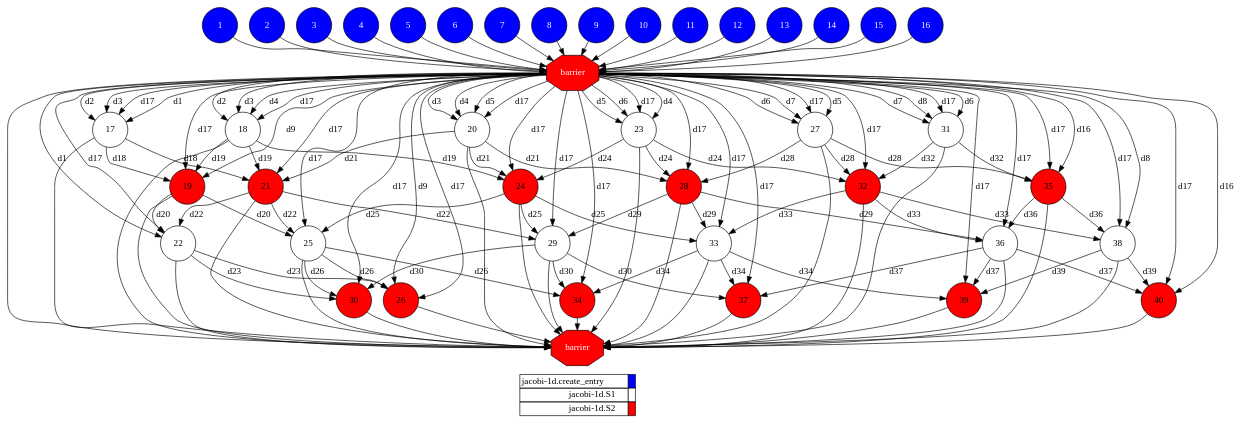
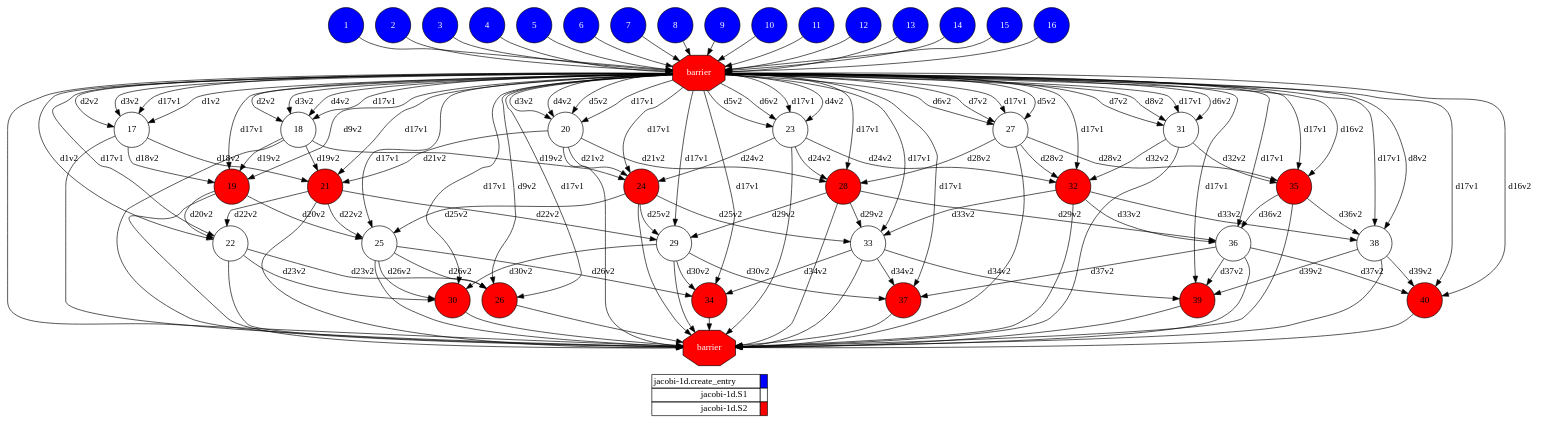
Before and after one commit to cristianrcv/pycompss-autoparallel: the diagram in examples/jacobi-1d/results/local/autoparallel/complete_graph.dot, drawn with Graphviz. The commit also changed 131 other files, not shown here.

```diff
--- a/examples/jacobi-1d/results/local/autoparallel/complete_graph.dot
+++ b/examples/jacobi-1d/results/local/autoparallel/complete_graph.dot
@@ -22,168 +22,168 @@
 15[shape=circle, style=filled fillcolor="#0000ff" fontcolor="#ffffff"];
 16[shape=circle, style=filled fillcolor="#0000ff" fontcolor="#ffffff"];
 Synchro1[label="barrier", shape=octagon, style=filled fillcolor="#ff0000" fontcolor="#FFFFFF"];
-11 -> Synchro1;
-4 -> Synchro1;
-3 -> Synchro1;
-8 -> Synchro1;
-9 -> Synchro1;
-5 -> Synchro1;
-16 -> Synchro1;
 13 -> Synchro1;
 2 -> Synchro1;
-15 -> Synchro1;
+4 -> Synchro1;
+10 -> Synchro1;
+1 -> Synchro1;
+9 -> Synchro1;
+8 -> Synchro1;
+14 -> Synchro1;
 6 -> Synchro1;
-1 -> Synchro1;
+3 -> Synchro1;
+5 -> Synchro1;
 12 -> Synchro1;
 7 -> Synchro1;
-10 -> Synchro1;
-14 -> Synchro1;
+15 -> Synchro1;
+11 -> Synchro1;
+16 -> Synchro1;
 17[shape=circle, style=filled fillcolor="#ffffff" fontcolor="#000000"];
-Synchro1 -> 17[ label="d17" ];
-Synchro1 -> 17[ label="d1" ];
-Synchro1 -> 17[ label="d2" ];
-Synchro1 -> 17[ label="d3" ];
+Synchro1 -> 17[ label="d17v1" ];
+Synchro1 -> 17[ label="d1v2" ];
+Synchro1 -> 17[ label="d2v2" ];
+Synchro1 -> 17[ label="d3v2" ];
 18[shape=circle, style=filled fillcolor="#ffffff" fontcolor="#000000"];
-Synchro1 -> 18[ label="d17" ];
-Synchro1 -> 18[ label="d2" ];
-Synchro1 -> 18[ label="d3" ];
-Synchro1 -> 18[ label="d4" ];
+Synchro1 -> 18[ label="d17v1" ];
+Synchro1 -> 18[ label="d2v2" ];
+Synchro1 -> 18[ label="d3v2" ];
+Synchro1 -> 18[ label="d4v2" ];
 19[shape=circle, style=filled fillcolor="#ff0000" fontcolor="#000000"];
-Synchro1 -> 19[ label="d17" ];
-Synchro1 -> 19[ label="d9" ];
-17 -> 19[ label="d18" ];
-18 -> 19[ label="d19" ];
+Synchro1 -> 19[ label="d17v1" ];
+Synchro1 -> 19[ label="d9v2" ];
+17 -> 19[ label="d18v2" ];
+18 -> 19[ label="d19v2" ];
 20[shape=circle, style=filled fillcolor="#ffffff" fontcolor="#000000"];
-Synchro1 -> 20[ label="d17" ];
-Synchro1 -> 20[ label="d3" ];
-Synchro1 -> 20[ label="d4" ];
-Synchro1 -> 20[ label="d5" ];
+Synchro1 -> 20[ label="d17v1" ];
+Synchro1 -> 20[ label="d3v2" ];
+Synchro1 -> 20[ label="d4v2" ];
+Synchro1 -> 20[ label="d5v2" ];
 21[shape=circle, style=filled fillcolor="#ff0000" fontcolor="#000000"];
-Synchro1 -> 21[ label="d17" ];
-17 -> 21[ label="d18" ];
-18 -> 21[ label="d19" ];
-20 -> 21[ label="d21" ];
+Synchro1 -> 21[ label="d17v1" ];
+17 -> 21[ label="d18v2" ];
+18 -> 21[ label="d19v2" ];
+20 -> 21[ label="d21v2" ];
 22[shape=circle, style=filled fillcolor="#ffffff" fontcolor="#000000"];
-Synchro1 -> 22[ label="d17" ];
-Synchro1 -> 22[ label="d1" ];
-19 -> 22[ label="d20" ];
-21 -> 22[ label="d22" ];
+Synchro1 -> 22[ label="d17v1" ];
+Synchro1 -> 22[ label="d1v2" ];
+19 -> 22[ label="d20v2" ];
+21 -> 22[ label="d22v2" ];
 23[shape=circle, style=filled fillcolor="#ffffff" fontcolor="#000000"];
-Synchro1 -> 23[ label="d17" ];
-Synchro1 -> 23[ label="d4" ];
-Synchro1 -> 23[ label="d5" ];
-Synchro1 -> 23[ label="d6" ];
+Synchro1 -> 23[ label="d17v1" ];
+Synchro1 -> 23[ label="d4v2" ];
+Synchro1 -> 23[ label="d5v2" ];
+Synchro1 -> 23[ label="d6v2" ];
 24[shape=circle, style=filled fillcolor="#ff0000" fontcolor="#000000"];
-Synchro1 -> 24[ label="d17" ];
-18 -> 24[ label="d19" ];
-20 -> 24[ label="d21" ];
-23 -> 24[ label="d24" ];
+Synchro1 -> 24[ label="d17v1" ];
+18 -> 24[ label="d19v2" ];
+20 -> 24[ label="d21v2" ];
+23 -> 24[ label="d24v2" ];
 25[shape=circle, style=filled fillcolor="#ffffff" fontcolor="#000000"];
-Synchro1 -> 25[ label="d17" ];
-19 -> 25[ label="d20" ];
-21 -> 25[ label="d22" ];
-24 -> 25[ label="d25" ];
+Synchro1 -> 25[ label="d17v1" ];
+19 -> 25[ label="d20v2" ];
+21 -> 25[ label="d22v2" ];
+24 -> 25[ label="d25v2" ];
 26[shape=circle, style=filled fillcolor="#ff0000" fontcolor="#000000"];
-Synchro1 -> 26[ label="d17" ];
-Synchro1 -> 26[ label="d9" ];
-22 -> 26[ label="d23" ];
-25 -> 26[ label="d26" ];
+Synchro1 -> 26[ label="d17v1" ];
+Synchro1 -> 26[ label="d9v2" ];
+22 -> 26[ label="d23v2" ];
+25 -> 26[ label="d26v2" ];
 27[shape=circle, style=filled fillcolor="#ffffff" fontcolor="#000000"];
-Synchro1 -> 27[ label="d17" ];
-Synchro1 -> 27[ label="d5" ];
-Synchro1 -> 27[ label="d6" ];
-Synchro1 -> 27[ label="d7" ];
+Synchro1 -> 27[ label="d17v1" ];
+Synchro1 -> 27[ label="d5v2" ];
+Synchro1 -> 27[ label="d6v2" ];
+Synchro1 -> 27[ label="d7v2" ];
 28[shape=circle, style=filled fillcolor="#ff0000" fontcolor="#000000"];
-Synchro1 -> 28[ label="d17" ];
-20 -> 28[ label="d21" ];
-23 -> 28[ label="d24" ];
-27 -> 28[ label="d28" ];
+Synchro1 -> 28[ label="d17v1" ];
+20 -> 28[ label="d21v2" ];
+23 -> 28[ label="d24v2" ];
+27 -> 28[ label="d28v2" ];
 29[shape=circle, style=filled fillcolor="#ffffff" fontcolor="#000000"];
-Synchro1 -> 29[ label="d17" ];
-21 -> 29[ label="d22" ];
-24 -> 29[ label="d25" ];
-28 -> 29[ label="d29" ];
+Synchro1 -> 29[ label="d17v1" ];
+21 -> 29[ label="d22v2" ];
+24 -> 29[ label="d25v2" ];
+28 -> 29[ label="d29v2" ];
 30[shape=circle, style=filled fillcolor="#ff0000" fontcolor="#000000"];
-Synchro1 -> 30[ label="d17" ];
-22 -> 30[ label="d23" ];
-25 -> 30[ label="d26" ];
-29 -> 30[ label="d30" ];
+Synchro1 -> 30[ label="d17v1" ];
+22 -> 30[ label="d23v2" ];
+25 -> 30[ label="d26v2" ];
+29 -> 30[ label="d30v2" ];
 31[shape=circle, style=filled fillcolor="#ffffff" fontcolor="#000000"];
-Synchro1 -> 31[ label="d17" ];
-Synchro1 -> 31[ label="d6" ];
-Synchro1 -> 31[ label="d7" ];
-Synchro1 -> 31[ label="d8" ];
+Synchro1 -> 31[ label="d17v1" ];
+Synchro1 -> 31[ label="d6v2" ];
+Synchro1 -> 31[ label="d7v2" ];
+Synchro1 -> 31[ label="d8v2" ];
 32[shape=circle, style=filled fillcolor="#ff0000" fontcolor="#000000"];
-Synchro1 -> 32[ label="d17" ];
-23 -> 32[ label="d24" ];
-27 -> 32[ label="d28" ];
-31 -> 32[ label="d32" ];
+Synchro1 -> 32[ label="d17v1" ];
+23 -> 32[ label="d24v2" ];
+27 -> 32[ label="d28v2" ];
+31 -> 32[ label="d32v2" ];
 33[shape=circle, style=filled fillcolor="#ffffff" fontcolor="#000000"];
-Synchro1 -> 33[ label="d17" ];
-24 -> 33[ label="d25" ];
-28 -> 33[ label="d29" ];
-32 -> 33[ label="d33" ];
+Synchro1 -> 33[ label="d17v1" ];
+24 -> 33[ label="d25v2" ];
+28 -> 33[ label="d29v2" ];
+32 -> 33[ label="d33v2" ];
 34[shape=circle, style=filled fillcolor="#ff0000" fontcolor="#000000"];
-Synchro1 -> 34[ label="d17" ];
-25 -> 34[ label="d26" ];
-29 -> 34[ label="d30" ];
-33 -> 34[ label="d34" ];
+Synchro1 -> 34[ label="d17v1" ];
+25 -> 34[ label="d26v2" ];
+29 -> 34[ label="d30v2" ];
+33 -> 34[ label="d34v2" ];
 35[shape=circle, style=filled fillcolor="#ff0000" fontcolor="#000000"];
-Synchro1 -> 35[ label="d17" ];
-27 -> 35[ label="d28" ];
-31 -> 35[ label="d32" ];
-Synchro1 -> 35[ label="d16" ];
+Synchro1 -> 35[ label="d17v1" ];
+27 -> 35[ label="d28v2" ];
+31 -> 35[ label="d32v2" ];
+Synchro1 -> 35[ label="d16v2" ];
 36[shape=circle, style=filled fillcolor="#ffffff" fontcolor="#000000"];
-Synchro1 -> 36[ label="d17" ];
-28 -> 36[ label="d29" ];
-32 -> 36[ label="d33" ];
-35 -> 36[ label="d36" ];
+Synchro1 -> 36[ label="d17v1" ];
+28 -> 36[ label="d29v2" ];
+32 -> 36[ label="d33v2" ];
+35 -> 36[ label="d36v2" ];
 37[shape=circle, style=filled fillcolor="#ff0000" fontcolor="#000000"];
-Synchro1 -> 37[ label="d17" ];
-29 -> 37[ label="d30" ];
-33 -> 37[ label="d34" ];
-36 -> 37[ label="d37" ];
+Synchro1 -> 37[ label="d17v1" ];
+29 -> 37[ label="d30v2" ];
+33 -> 37[ label="d34v2" ];
+36 -> 37[ label="d37v2" ];
 38[shape=circle, style=filled fillcolor="#ffffff" fontcolor="#000000"];
-Synchro1 -> 38[ label="d17" ];
-32 -> 38[ label="d33" ];
-35 -> 38[ label="d36" ];
-Synchro1 -> 38[ label="d8" ];
+Synchro1 -> 38[ label="d17v1" ];
+32 -> 38[ label="d33v2" ];
+35 -> 38[ label="d36v2" ];
+Synchro1 -> 38[ label="d8v2" ];
 39[shape=circle, style=filled fillcolor="#ff0000" fontcolor="#000000"];
-Synchro1 -> 39[ label="d17" ];
-33 -> 39[ label="d34" ];
-36 -> 39[ label="d37" ];
-38 -> 39[ label="d39" ];
+Synchro1 -> 39[ label="d17v1" ];
+33 -> 39[ label="d34v2" ];
+36 -> 39[ label="d37v2" ];
+38 -> 39[ label="d39v2" ];
 40[shape=circle, style=filled fillcolor="#ff0000" fontcolor="#000000"];
-Synchro1 -> 40[ label="d17" ];
-36 -> 40[ label="d37" ];
-38 -> 40[ label="d39" ];
-Synchro1 -> 40[ label="d16" ];
+Synchro1 -> 40[ label="d17v1" ];
+36 -> 40[ label="d37v2" ];
+38 -> 40[ label="d39v2" ];
+Synchro1 -> 40[ label="d16v2" ];
 Synchro2[label="barrier", shape=octagon, style=filled fillcolor="#ff0000" fontcolor="#FFFFFF"];
 Synchro1 -> Synchro2;
-20 -> Synchro2;
+17 -> Synchro2;
+18 -> Synchro2;
+21 -> Synchro2;
 22 -> Synchro2;
-24 -> Synchro2;
-31 -> Synchro2;
+34 -> Synchro2;
 19 -> Synchro2;
-28 -> Synchro2;
-30 -> Synchro2;
-21 -> Synchro2;
-35 -> Synchro2;
+32 -> Synchro2;
 37 -> Synchro2;
-33 -> Synchro2;
-40 -> Synchro2;
-39 -> Synchro2;
-29 -> Synchro2;
-36 -> Synchro2;
-26 -> Synchro2;
-25 -> Synchro2;
-18 -> Synchro2;
 23 -> Synchro2;
 38 -> Synchro2;
-34 -> Synchro2;
-17 -> Synchro2;
-32 -> Synchro2;
-27 -> Synchro2;  }
+20 -> Synchro2;
+33 -> Synchro2;
+29 -> Synchro2;
+28 -> Synchro2;
+27 -> Synchro2;
+30 -> Synchro2;
+25 -> Synchro2;
+26 -> Synchro2;
+35 -> Synchro2;
+24 -> Synchro2;
+36 -> Synchro2;
+40 -> Synchro2;
+31 -> Synchro2;
+39 -> Synchro2;  }
   subgraph legend {
     rank=sink;
     node [shape=plaintext, height=0.75];
```
